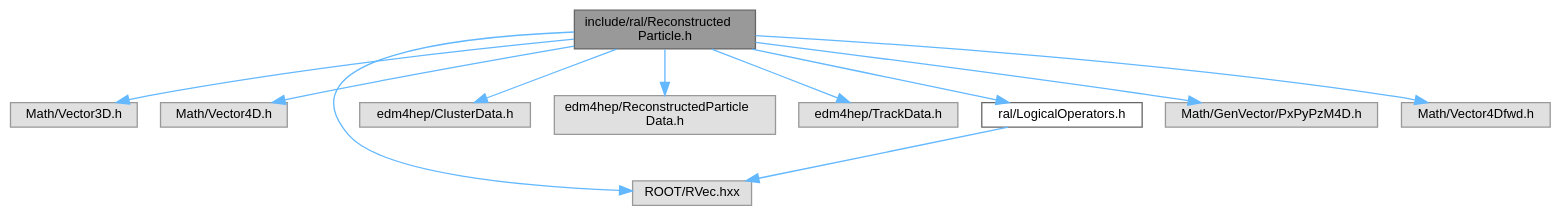
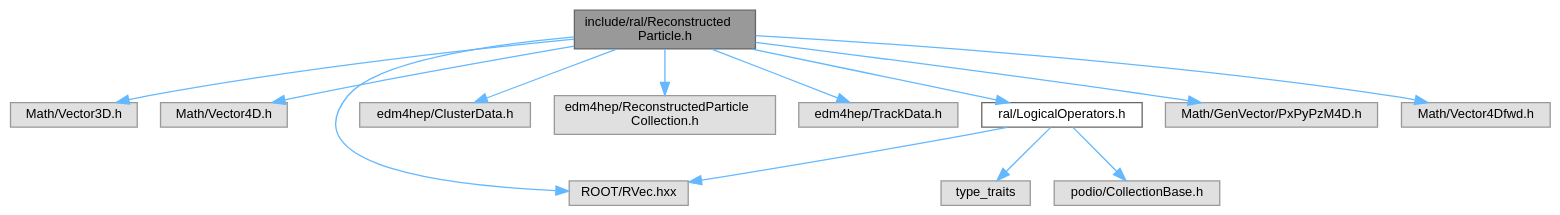
Before and after one commit to kjvbrt/ral: the diagram in docs/ReconstructedParticle_8h__incl.dot, drawn with Graphviz. The commit also changed 23 other files, not shown here.

```diff
--- a/docs/ReconstructedParticle_8h__incl.dot
+++ b/docs/ReconstructedParticle_8h__incl.dot
@@ -1,27 +1,31 @@
 digraph "include/ral/ReconstructedParticle.h"
 {
  // LATEX_PDF_SIZE
   bgcolor="transparent";
   edge [fontname=Helvetica,fontsize=10,labelfontname=Helvetica,labelfontsize=10];
   node [fontname=Helvetica,fontsize=10,shape=box,height=0.2,width=0.4];
   Node1 [id="Node000001",label="include/ral/Reconstructed\lParticle.h",height=0.2,width=0.4,color="gray40", fillcolor="grey60", style="filled", fontcolor="black",tooltip=" "];
   Node1 -> Node2 [id="edge1_Node000001_Node000002",color="steelblue1",style="solid",tooltip=" "];
   Node2 [id="Node000002",label="Math/Vector3D.h",height=0.2,width=0.4,color="grey60", fillcolor="#E0E0E0", style="filled",tooltip=" "];
   Node1 -> Node3 [id="edge2_Node000001_Node000003",color="steelblue1",style="solid",tooltip=" "];
   Node3 [id="Node000003",label="Math/Vector4D.h",height=0.2,width=0.4,color="grey60", fillcolor="#E0E0E0", style="filled",tooltip=" "];
   Node1 -> Node4 [id="edge3_Node000001_Node000004",color="steelblue1",style="solid",tooltip=" "];
   Node4 [id="Node000004",label="ROOT/RVec.hxx",height=0.2,width=0.4,color="grey60", fillcolor="#E0E0E0", style="filled",tooltip=" "];
   Node1 -> Node5 [id="edge4_Node000001_Node000005",color="steelblue1",style="solid",tooltip=" "];
   Node5 [id="Node000005",label="edm4hep/ClusterData.h",height=0.2,width=0.4,color="grey60", fillcolor="#E0E0E0", style="filled",tooltip=" "];
   Node1 -> Node6 [id="edge5_Node000001_Node000006",color="steelblue1",style="solid",tooltip=" "];
-  Node6 [id="Node000006",label="edm4hep/ReconstructedParticle\lData.h",height=0.2,width=0.4,color="grey60", fillcolor="#E0E0E0", style="filled",tooltip=" "];
+  Node6 [id="Node000006",label="edm4hep/ReconstructedParticle\lCollection.h",height=0.2,width=0.4,color="grey60", fillcolor="#E0E0E0", style="filled",tooltip=" "];
   Node1 -> Node7 [id="edge6_Node000001_Node000007",color="steelblue1",style="solid",tooltip=" "];
   Node7 [id="Node000007",label="edm4hep/TrackData.h",height=0.2,width=0.4,color="grey60", fillcolor="#E0E0E0", style="filled",tooltip=" "];
   Node1 -> Node8 [id="edge7_Node000001_Node000008",color="steelblue1",style="solid",tooltip=" "];
   Node8 [id="Node000008",label="ral/LogicalOperators.h",height=0.2,width=0.4,color="grey40", fillcolor="white", style="filled",URL="$LogicalOperators_8h.html",tooltip=" "];
-  Node8 -> Node4 [id="edge8_Node000008_Node000004",color="steelblue1",style="solid",tooltip=" "];
-  Node1 -> Node9 [id="edge9_Node000001_Node000009",color="steelblue1",style="solid",tooltip=" "];
-  Node9 [id="Node000009",label="Math/GenVector/PxPyPzM4D.h",height=0.2,width=0.4,color="grey60", fillcolor="#E0E0E0", style="filled",tooltip=" "];
-  Node1 -> Node10 [id="edge10_Node000001_Node000010",color="steelblue1",style="solid",tooltip=" "];
-  Node10 [id="Node000010",label="Math/Vector4Dfwd.h",height=0.2,width=0.4,color="grey60", fillcolor="#E0E0E0", style="filled",tooltip=" "];
+  Node8 -> Node9 [id="edge8_Node000008_Node000009",color="steelblue1",style="solid",tooltip=" "];
+  Node9 [id="Node000009",label="type_traits",height=0.2,width=0.4,color="grey60", fillcolor="#E0E0E0", style="filled",tooltip=" "];
+  Node8 -> Node4 [id="edge9_Node000008_Node000004",color="steelblue1",style="solid",tooltip=" "];
+  Node8 -> Node10 [id="edge10_Node000008_Node000010",color="steelblue1",style="solid",tooltip=" "];
+  Node10 [id="Node000010",label="podio/CollectionBase.h",height=0.2,width=0.4,color="grey60", fillcolor="#E0E0E0", style="filled",tooltip=" "];
+  Node1 -> Node11 [id="edge11_Node000001_Node000011",color="steelblue1",style="solid",tooltip=" "];
+  Node11 [id="Node000011",label="Math/GenVector/PxPyPzM4D.h",height=0.2,width=0.4,color="grey60", fillcolor="#E0E0E0", style="filled",tooltip=" "];
+  Node1 -> Node12 [id="edge12_Node000001_Node000012",color="steelblue1",style="solid",tooltip=" "];
+  Node12 [id="Node000012",label="Math/Vector4Dfwd.h",height=0.2,width=0.4,color="grey60", fillcolor="#E0E0E0", style="filled",tooltip=" "];
 }
```
